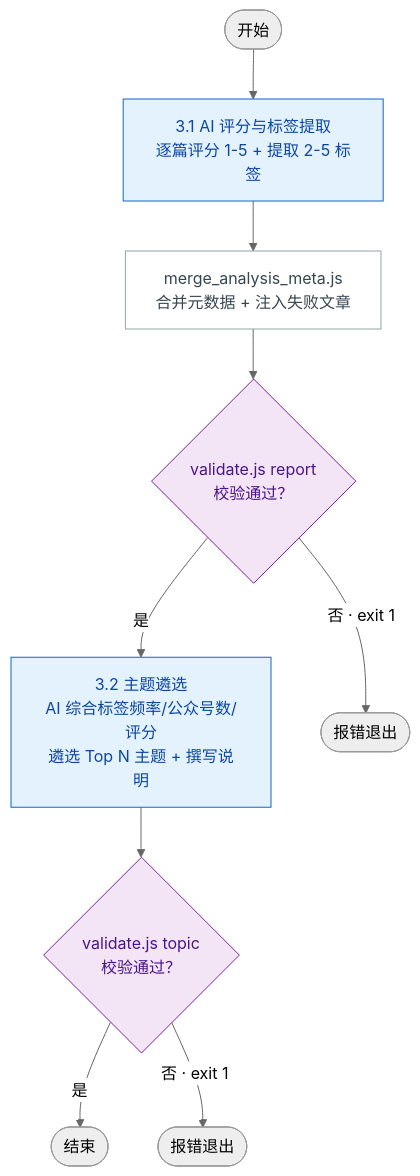
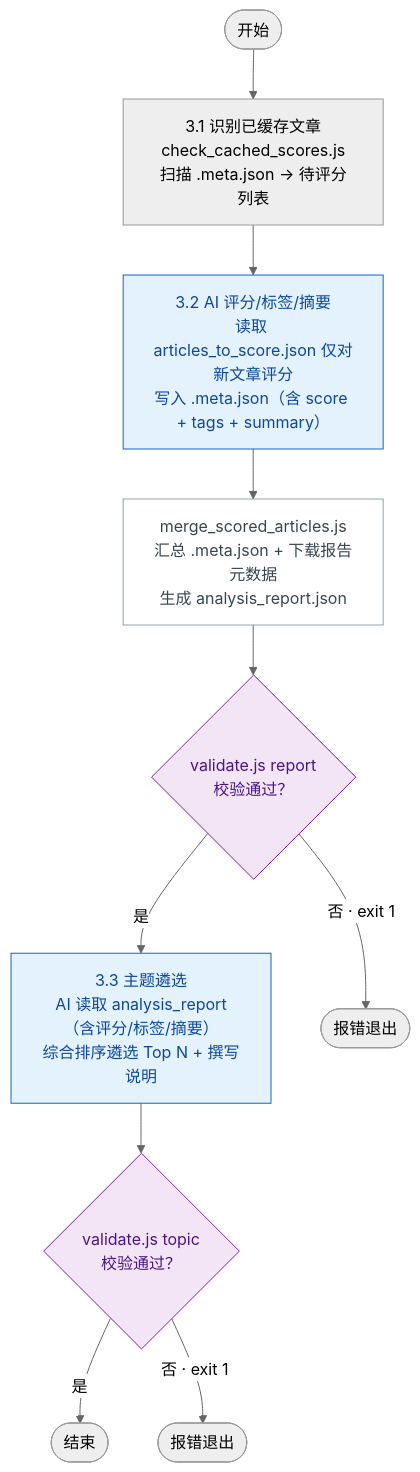
One commit to bruce1977/penbot changed the diagram in skills/wechat-mp-articles/steps/step3.md. Above: the diagram before and after it, drawn with Mermaid (neutral theme). The commit also changed other lines of this file and 12 other files, not shown here.

````diff
--- a/skills/wechat-mp-articles/steps/step3.md
+++ b/skills/wechat-mp-articles/steps/step3.md
@@ -18,21 +18,22 @@
 ```mermaid
 flowchart TD
     classDef phase fill:#e3f2fd,stroke:#1565c0,stroke-width:1px,color:#0d47a1
     classDef substep fill:#fff,stroke:#90a4ae,stroke-width:1px,color:#37474f
     classDef decision fill:#f3e5f5,stroke:#7b1fa2,stroke-width:1px,color:#4a148c
 
-    S([开始]) --> AI1[3.1 AI 评分与标签提取<br/>逐篇评分 1-5 + 提取 2-5 标签]
-    AI1 --> MERGE[merge_analysis_meta.js<br/>合并元数据 + 注入失败文章]
+    S([开始]) --> CACHE[3.1 识别已缓存文章<br/>check_cached_scores.js<br/>扫描 .meta.json → 待评分列表]
+    CACHE --> AI1[3.2 AI 评分/标签/摘要<br/>读取 articles_to_score.json 仅对新文章评分<br/>写入 .meta.json（含 score + tags + summary）]
+    AI1 --> MERGE[merge_scored_articles.js<br/>汇总 .meta.json + 下载报告元数据<br/>生成 analysis_report.json]
     MERGE --> VAL1{validate.js report<br/>校验通过？}
-    VAL1 -->|是| AI2[3.2 主题遴选<br/>AI 综合标签频率/公众号数/评分<br/>遴选 Top N 主题 + 撰写说明]
+    VAL1 -->|是| AI2[3.3 主题遴选<br/>AI 读取 analysis_report（含评分/标签/摘要）<br/>综合排序遴选 Top N + 撰写说明]
     VAL1 -->|否 · exit 1| ERR1([报错退出])
     AI2 --> VAL2{validate.js topic<br/>校验通过？}
     VAL2 -->|是| E([结束])
     VAL2 -->|否 · exit 1| ERR2([报错退出])
 
     class S,E startend
     class AI1,AI2 phase
     class MERGE substep
     class VAL1,VAL2 decision
     class ERR1,ERR2 error
 ```
````
